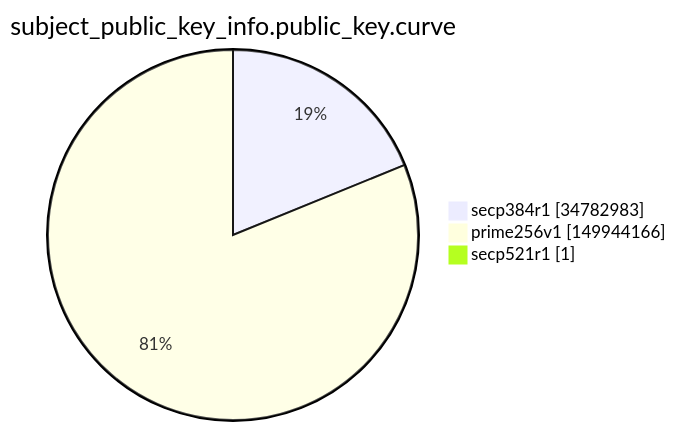
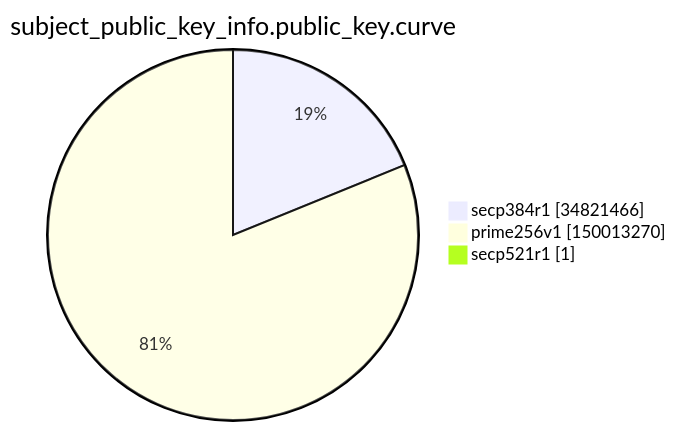
The ninth of 15 diagrams in argon2022/README.md (christiankrug/ctmonitor_visualization), drawn with Mermaid before and after one commit. The commit also changed other lines of this file, not shown here.

````diff
--- a/argon2022/README.md
+++ b/argon2022/README.md
@@ -2765,7 +2765,7 @@
 ```mermaid
 pie showData
 title subject_public_key_info.public_key.curve
-"secp384r1" :34782983
-"prime256v1" :149944166
+"secp384r1" :34821466
+"prime256v1" :150013270
 "secp521r1" :1
 ```
````
